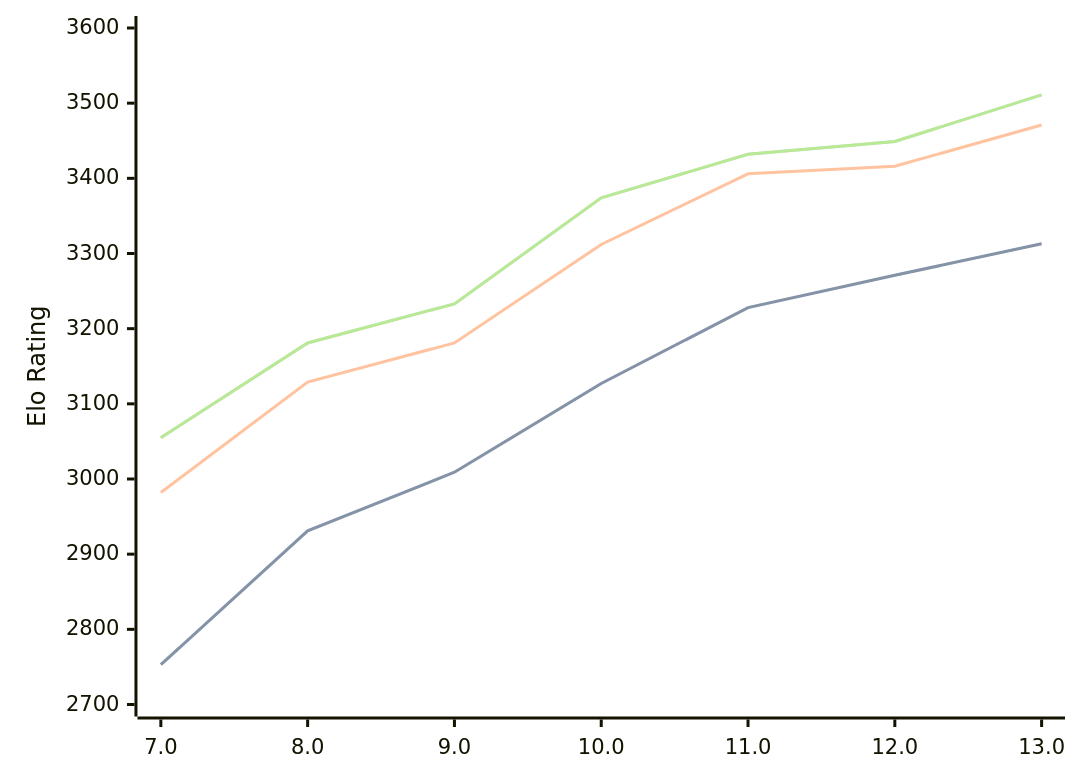
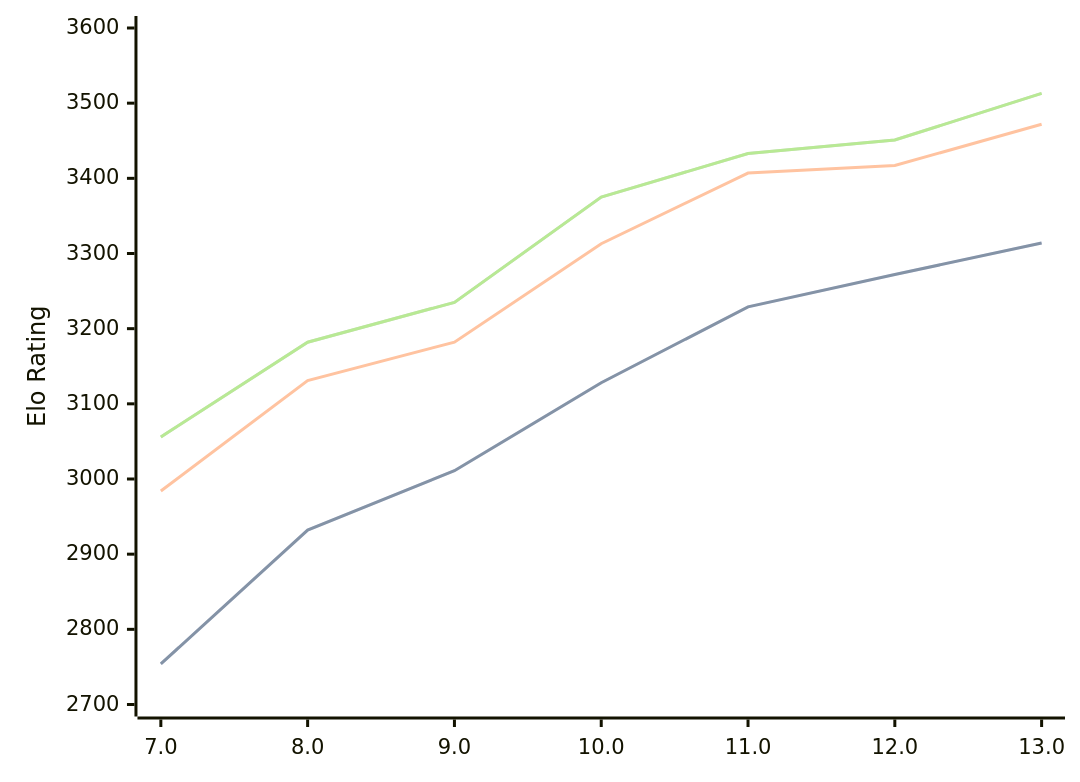
Before and after one commit to computer-chess-index/cci: the diagram in engines/Tcheran.md, drawn with Mermaid. The commit also changed other lines of this file, not shown here.

Commit message:
Update CCI Ratings (ELO VLTC) - 2026-08-15

````diff
--- a/engines/Tcheran.md
+++ b/engines/Tcheran.md
@@ -37,11 +37,11 @@
 ```mermaid
 %%{init: {"theme":"base","themeVariables":{"seriesColors:['#a3a3a3','#222221','#faa371']}}}%%
 xychart-beta
   x-axis ["7.0", "8.0", "9.0", "10.0", "11.0", "12.0", "13.0"]
   y-axis "Elo Rating" 2700 --> 3600
-  line "STC (8.0+0.08s)" [2753, 2931, 3009, 3127, 3228, 3271, 3313]
-  line "STC (8.0+0.08s)" [2753, 2931, 3009, 3127, 3228, 3271, 3313]
-  line "LTC (60.0+0.60s)" [2982, 3129, 3181, 3312, 3406, 3416, 3471]
-  line "VLTC (2m24s+1.12s)" [3055, 3181, 3233, 3374, 3432, 3449, 3511]
-  line "VLTC (2m24s+1.12s)" [3055, 3181, 3233, 3374, 3432, 3449, 3511]
+  line "STC (8.0+0.08s)" [2754, 2932, 3011, 3128, 3229, 3272, 3314]
+  line "STC (8.0+0.08s)" [2754, 2932, 3011, 3128, 3229, 3272, 3314]
+  line "LTC (60.0+0.60s)" [2984, 3131, 3182, 3313, 3407, 3417, 3472]
+  line "VLTC (2m24s+1.12s)" [3056, 3182, 3235, 3375, 3433, 3451, 3513]
+  line "VLTC (2m24s+1.12s)" [3056, 3182, 3235, 3375, 3433, 3451, 3513]
 ```
````
